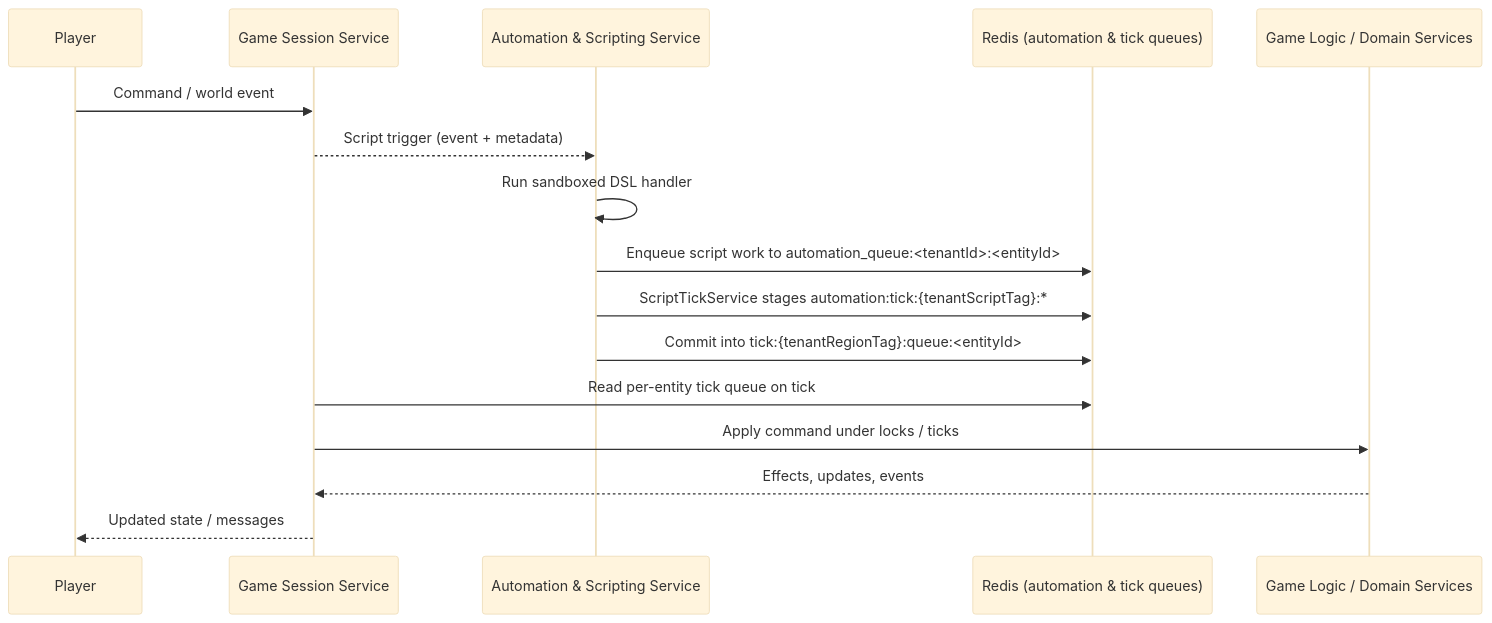
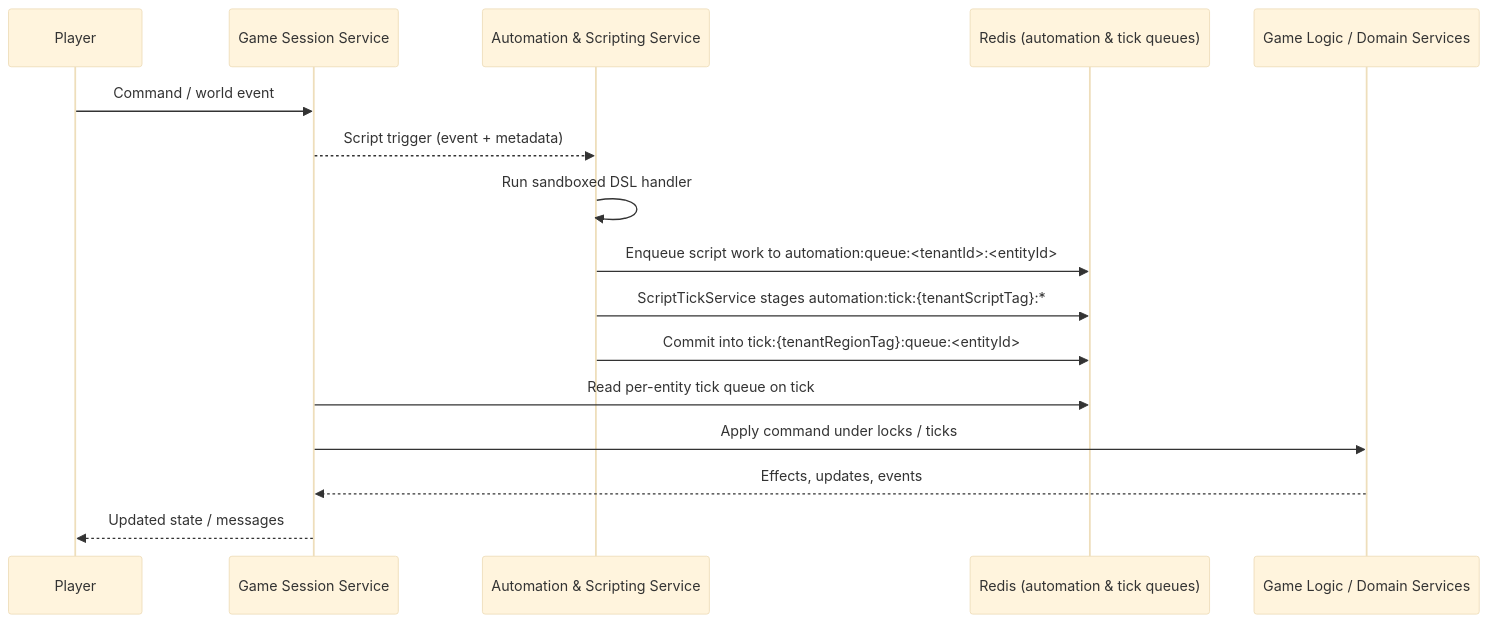
Before and after one commit to benhook1013/FireMUD: the diagram in design/architecture/system-architecture-scripting.md, drawn with Mermaid (base theme). The commit also changed other lines of this file and 23 other files, not shown here.

````diff
--- a/design/architecture/system-architecture-scripting.md
+++ b/design/architecture/system-architecture-scripting.md
@@ -132,19 +136,19 @@
 ```mermaid
 sequenceDiagram
     participant Player
     participant GameSession as Game Session Service
     participant Scripting as Automation & Scripting Service
     participant Redis as Redis (automation & tick queues)
     participant GameLogic as Game Logic / Domain Services
 
     Player->>GameSession: Command / world event
     GameSession-->>Scripting: Script trigger (event + metadata)
     Scripting->>Scripting: Run sandboxed DSL handler
-    Scripting->>Redis: Enqueue script work to automation_queue:<tenantId>:<entityId>
+    Scripting->>Redis: Enqueue script work to automation:queue:<tenantId>:<entityId>
     Scripting->>Redis: ScriptTickService stages automation:tick:{tenantScriptTag}:*
     Scripting->>Redis: Commit into tick:{tenantRegionTag}:queue:<entityId>
     GameSession->>Redis: Read per-entity tick queue on tick
     GameSession->>GameLogic: Apply command under locks / ticks
     GameLogic-->>GameSession: Effects, updates, events
     GameSession-->>Player: Updated state / messages
 ```
````
